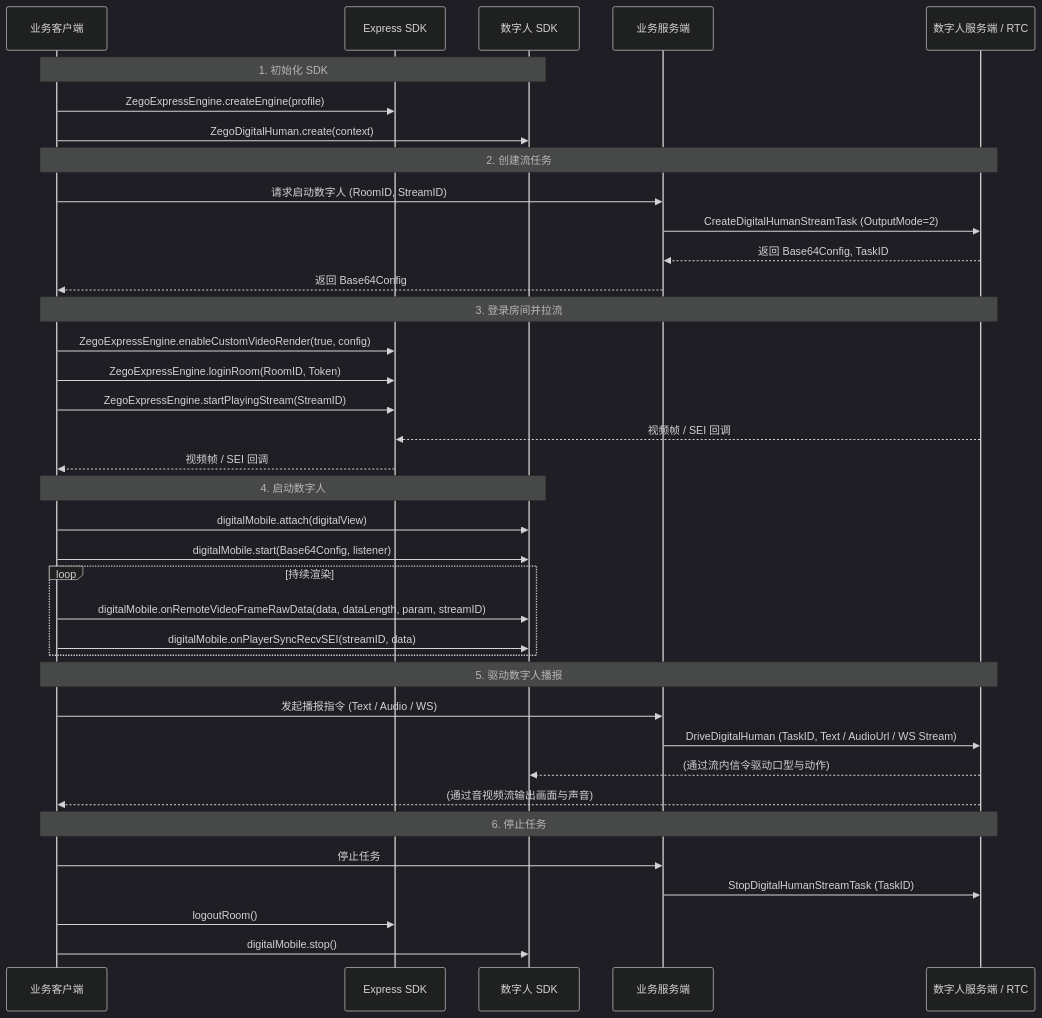
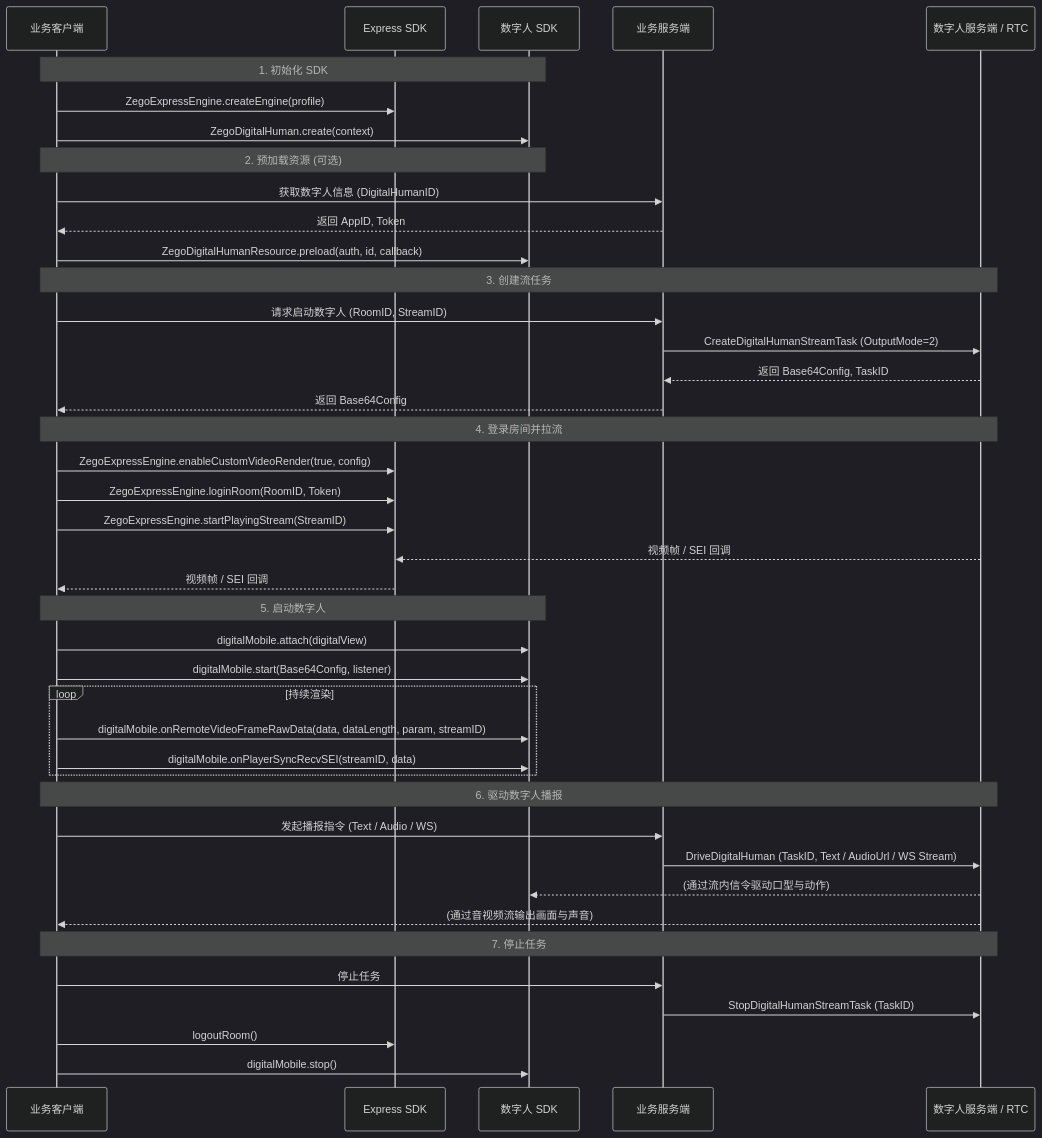
One commit to ZEGOCLOUD/docs_all changed the first of 3 diagrams in core_products/digital-human/zh/android/quick-start.mdx. Above: the diagram before and after it, drawn with Mermaid (dark theme). The commit also changed other lines of this file and 1 other file, not shown here.

Commit message:
Revise digital human SDK quick start documentation for Android and server-side integration. Update sequence diagram steps to reflect resource preloading and task management improvements. Enhance clarity in example code and adjust section headings for better flow.

````diff
--- a/core_products/digital-human/zh/android/quick-start.mdx
+++ b/core_products/digital-human/zh/android/quick-start.mdx
@@ -76,45 +76,50 @@
 ```mermaid
 sequenceDiagram
     participant Client as 业务客户端
     participant Express as Express SDK
     participant DH_SDK as 数字人 SDK
     participant Server as 业务服务端
     participant PaaS as 数字人服务端 / RTC
 
     Note over Client, DH_SDK: 1. 初始化 SDK
     Client->>Express: ZegoExpressEngine.createEngine(profile)
     Client->>DH_SDK: ZegoDigitalHuman.create(context)
 
-    Note over Client, PaaS: 2. 创建流任务
+    Note over Client, DH_SDK: 2. 预加载资源 (可选)
+    Client->>Server: 获取数字人信息 (DigitalHumanID)
+    Server-->>Client: 返回 AppID, Token
+    Client->>DH_SDK: ZegoDigitalHumanResource.preload(auth, id, callback)
+
+    Note over Client, PaaS: 3. 创建流任务
     Client->>Server: 请求启动数字人 (RoomID, StreamID)
     Server->>PaaS: CreateDigitalHumanStreamTask (OutputMode=2)
     PaaS-->>Server: 返回 Base64Config, TaskID
     Server-->>Client: 返回 Base64Config
 
-    Note over Client, PaaS: 3. 登录房间并拉流
+    Note over Client, PaaS: 4. 登录房间并拉流
     Client->>Express: ZegoExpressEngine.enableCustomVideoRender(true, config)
     Client->>Express: ZegoExpressEngine.loginRoom(RoomID, Token)
     Client->>Express: ZegoExpressEngine.startPlayingStream(StreamID)
     PaaS-->>Express: 视频帧 / SEI 回调
     Express-->>Client: 视频帧 / SEI 回调
 
-    Note over Client, DH_SDK: 4. 启动数字人
+    Note over Client, DH_SDK: 5. 启动数字人
     Client->>DH_SDK: digitalMobile.attach(digitalView)
     Client->>DH_SDK: digitalMobile.start(Base64Config, listener)
     loop 持续渲染
         Client->>DH_SDK: digitalMobile.onRemoteVideoFrameRawData(data, dataLength, param, streamID)
         Client->>DH_SDK: digitalMobile.onPlayerSyncRecvSEI(streamID, data)
     end
 
-    Note over Client, PaaS: 5. 驱动数字人播报
+    Note over Client, PaaS: 6. 驱动数字人播报
     Client->>Server: 发起播报指令 (Text / Audio / WS)
     Server->>PaaS: DriveDigitalHuman (TaskID, Text / AudioUrl / WS Stream)
     PaaS-->>DH_SDK: (通过流内信令驱动口型与动作)
     PaaS-->>Client: (通过音视频流输出画面与声音)
 
-    Note over Client, PaaS: 6. 停止任务
+    Note over Client, PaaS: 7. 停止任务
     Client->>Server: 停止任务
     Server->>PaaS: StopDigitalHumanStreamTask (TaskID)
     Client->>Express: logoutRoom()
     Client->>DH_SDK: digitalMobile.stop()
 ```
````
